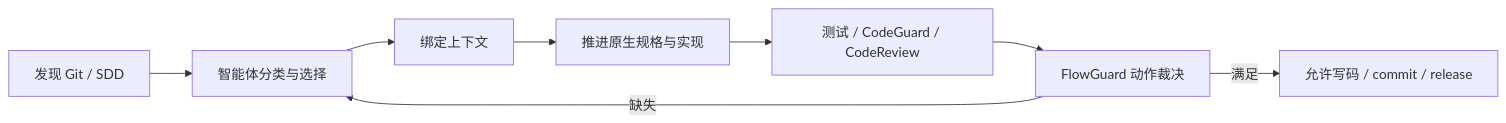
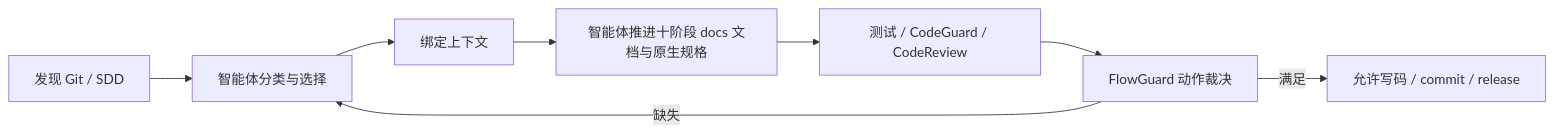
The diagram in README.zh-CN.md (full-stack-plugins/flowguard-plugin), drawn with Mermaid before and after one commit. The commit also changed other lines of this file and 99 other files, not shown here.

First line of the commit message:
feat(flowguard): 十阶段文档治理与可信门禁收敛

````diff
--- a/README.zh-CN.md
+++ b/README.zh-CN.md
@@ -20,10 +20,10 @@
 ```mermaid
 flowchart LR
     D[发现 Git / SDD] --> C[智能体分类与选择]
     C --> B[绑定上下文]
-    B --> N[推进原生规格与实现]
+    B --> N[智能体推进十阶段 docs 文档与原生规格]
     N --> E[测试 / CodeGuard / CodeReview]
     E --> G[FlowGuard 动作裁决]
     G -->|缺失| C
     G -->|满足| A[允许写码 / commit / release]
 ```
````
